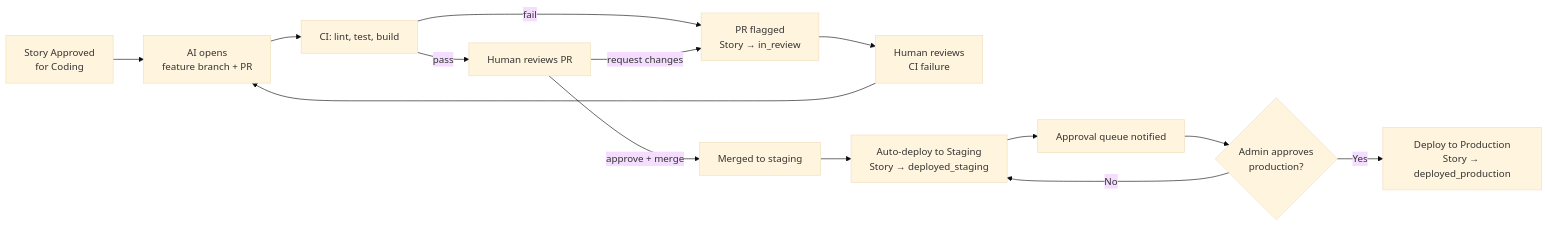
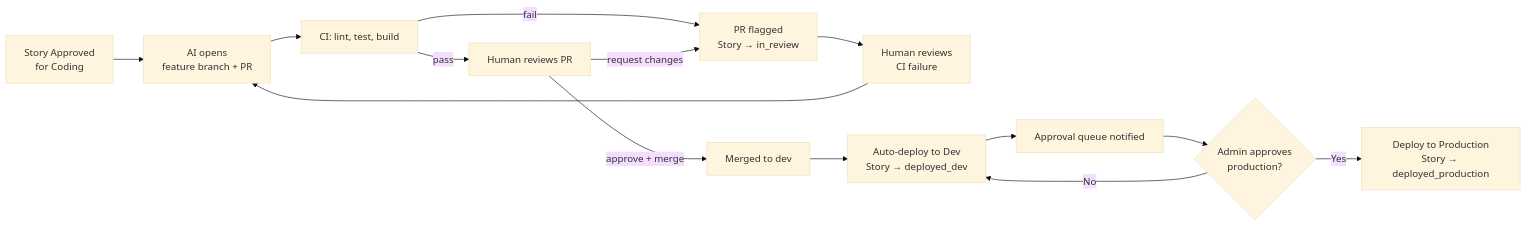
The seventh of 8 diagrams in docs/future-enhancements.md (evertheme/everapps), drawn with Mermaid (base theme) before and after one commit. The commit also changed other lines of this file, not shown here.

````diff
--- a/docs/future-enhancements.md
+++ b/docs/future-enhancements.md
@@ -467,16 +897,16 @@
 ```mermaid
 flowchart LR
   storyApproved["Story Approved\nfor Coding"] --> aiBranch["AI opens\nfeature branch + PR"]
   aiBranch --> ciRun["CI: lint, test, build"]
-  ciRun -->|fail| prFail["PR flagged\nStory → in_review"]
+  ciRun -->|"fail"| prFail["PR flagged\nStory → in_review"]
   prFail --> humanFix["Human reviews\nCI failure"]
   humanFix --> aiBranch
-  ciRun -->|pass| humanReview["Human reviews PR"]
-  humanReview -->|request changes| prFail
-  humanReview -->|approve + merge| stagingMerge["Merged to staging"]
-  stagingMerge --> stagingDeploy["Auto-deploy to Staging\nStory → deployed_staging"]
-  stagingDeploy --> approvalQueue["Approval queue notified"]
+  ciRun -->|"pass"| humanReview["Human reviews PR"]
+  humanReview -->|"request changes"| prFail
+  humanReview -->|"approve + merge"| devMerge["Merged to dev"]
+  devMerge --> devDeploy["Auto-deploy to Dev\nStory → deployed_dev"]
+  devDeploy --> approvalQueue["Approval queue notified"]
   approvalQueue --> adminApproves{"Admin approves\nproduction?"}
-  adminApproves -->|No| stagingDeploy
-  adminApproves -->|Yes| prodDeploy["Deploy to Production\nStory → deployed_production"]
+  adminApproves -->|"No"| devDeploy
+  adminApproves -->|"Yes"| prodDeploy["Deploy to Production\nStory → deployed_production"]
 ```
````
